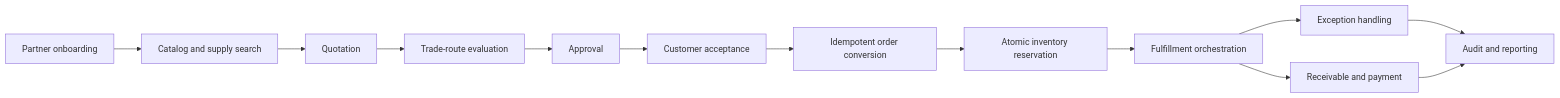
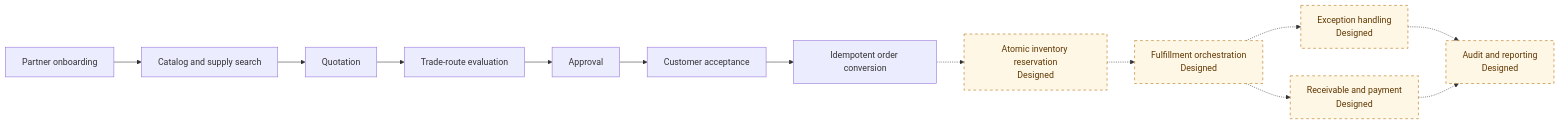
Before and after one commit to RomanticHW/cellarbridge-platform: the first of 3 diagrams in README.md, drawn with Mermaid. The commit also changed other lines of this file and 20 other files, not shown here.

````diff
--- a/README.md
+++ b/README.md
@@ -28,15 +28,18 @@
 ```mermaid
 flowchart LR
     A[Partner onboarding] --> B[Catalog and supply search]
     B --> C[Quotation]
     C --> D[Trade-route evaluation]
     D --> E[Approval]
     E --> F[Customer acceptance]
     F --> G[Idempotent order conversion]
-    G --> H[Atomic inventory reservation]
-    H --> I[Fulfillment orchestration]
-    I --> J[Exception handling]
-    I --> K[Receivable and payment]
-    J --> L[Audit and reporting]
-    K --> L
+    G -.-> H[Atomic inventory reservation<br/>Designed]
+    H -.-> I[Fulfillment orchestration<br/>Designed]
+    I -.-> J[Exception handling<br/>Designed]
+    I -.-> K[Receivable and payment<br/>Designed]
+    J -.-> L[Audit and reporting<br/>Designed]
+    K -.-> L
+
+    classDef planned fill:#fff7e6,stroke:#b26a00,color:#5f3700,stroke-dasharray:5 5;
+    class H,I,J,K,L planned;
 ```
````
